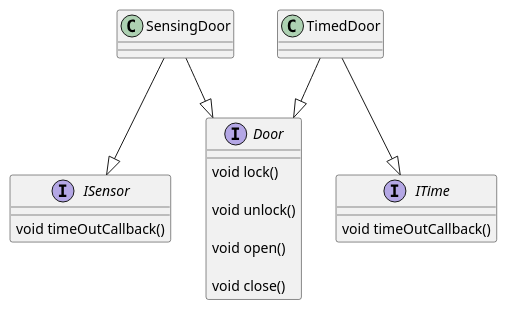
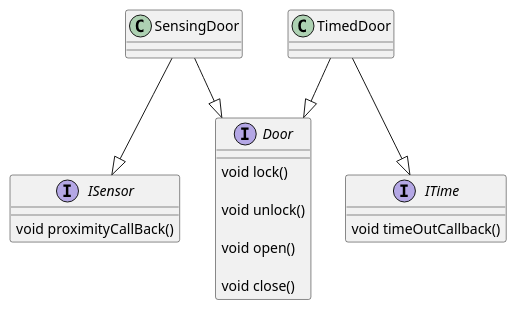
The diagram in ISP/src/com/directi/training/isp/exercise/diagram.puml (MohamedBoutaieb/solid-lab1), drawn with PlantUML before and after one commit. The commit also changed 2 other files, not shown here.

```diff
--- a/ISP/src/com/directi/training/isp/exercise/diagram.puml
+++ b/ISP/src/com/directi/training/isp/exercise/diagram.puml
@@ -1,22 +1,22 @@
 @startuml 
 interface Door {
     void lock()
 
     void unlock()
 
     void open()
 
     void close()
 }
 interface ISensor {
-  void timeOutCallback()
+  void proximityCallBack()
 }
 
 interface ITime {
   void timeOutCallback()
 }
 SensingDoor --|> Door
 SensingDoor --|> ISensor
 TimedDoor --|> ITime
 TimedDoor  --|> Door
 @enduml
```
